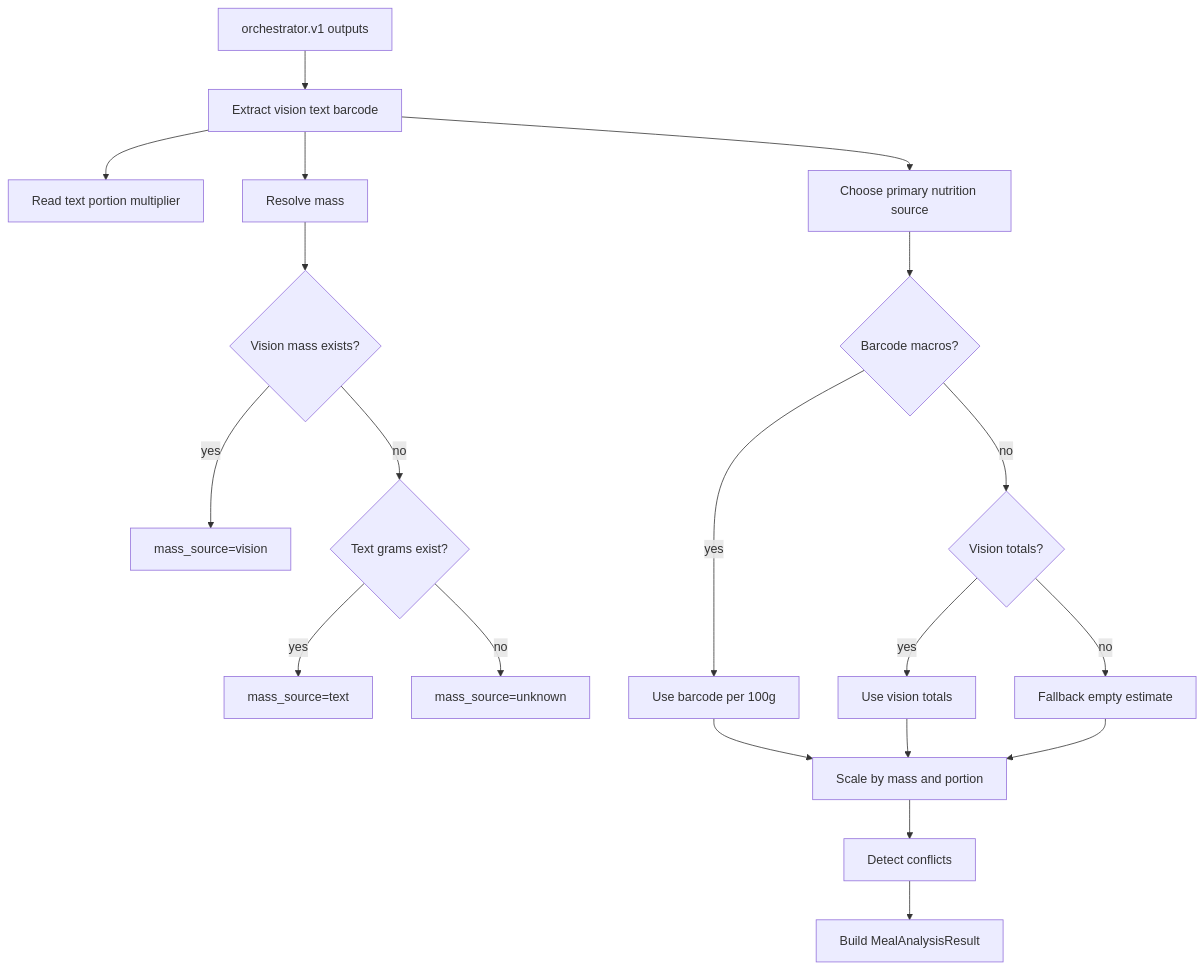
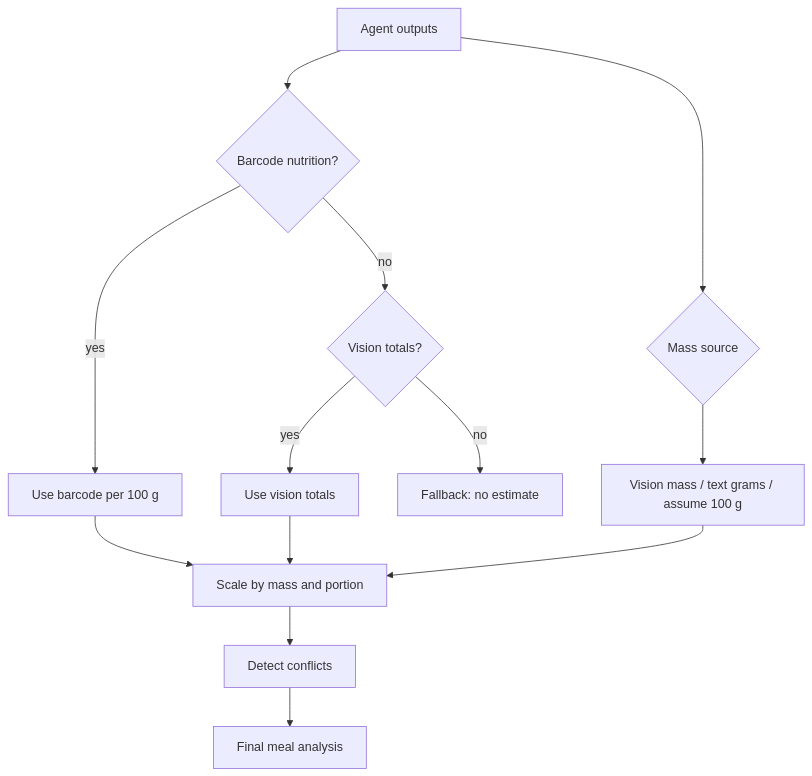
Before and after one commit to isenel0/nutri_fusion_agent: the third of 3 diagrams in readme.md, drawn with Mermaid. The commit also changed other lines of this file and 10 other files, not shown here.

````diff
--- a/readme.md
+++ b/readme.md
@@ -81,24 +161,15 @@
 ```mermaid
 flowchart TD
-    A[orchestrator.v1 outputs] --> B[Extract vision text barcode]
-    B --> C[Read text portion multiplier]
-    B --> D[Resolve mass]
-    D --> D1{Vision mass exists?}
-    D1 -- yes --> D2[mass_source=vision]
-    D1 -- no --> D3{Text grams exist?}
-    D3 -- yes --> D4[mass_source=text]
-    D3 -- no --> D5[mass_source=unknown]
-
-    B --> E[Choose primary nutrition source]
-    E --> E1{Barcode macros?}
-    E1 -- yes --> E2[Use barcode per 100g]
-    E1 -- no --> E3{Vision totals?}
+    A[Agent outputs] --> E{Barcode nutrition?}
+    E -- yes --> E2[Use barcode per 100 g]
+    E -- no --> E3{Vision totals?}
     E3 -- yes --> E4[Use vision totals]
-    E3 -- no --> E5[Fallback empty estimate]
-
+    E3 -- no --> E5[Fallback: no estimate]
+    A --> D{Mass source}
+    D --> D1[Vision mass / text grams / assume 100 g]
     E2 --> F[Scale by mass and portion]
     E4 --> F
-    E5 --> F
+    D1 --> F
     F --> G[Detect conflicts]
-    G --> H[Build MealAnalysisResult]
+    G --> H[Final meal analysis]
 ```
````
